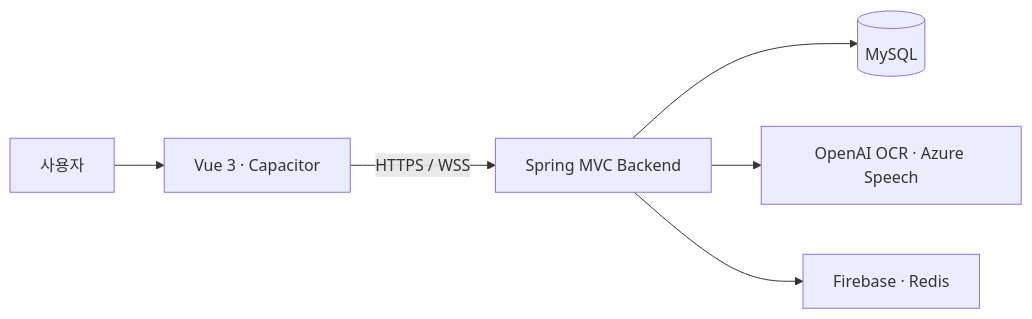
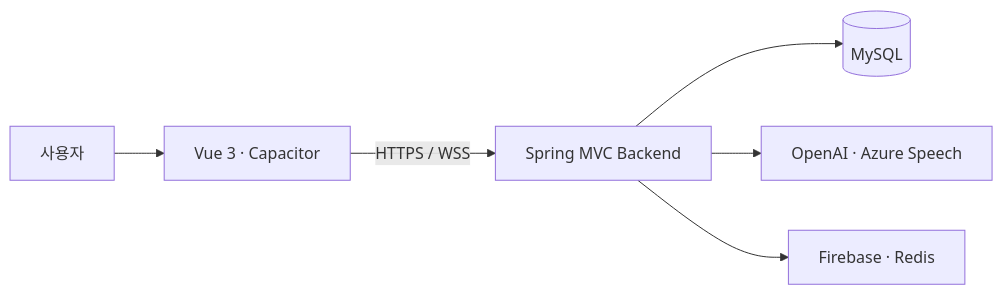
Before and after one commit to KB-SilverTown/backend: the first of 3 diagrams in README.md, drawn with Mermaid. The commit also changed other lines of this file, not shown here.

````diff
--- a/README.md
+++ b/README.md
@@ -9,8 +9,8 @@
 ```mermaid
 flowchart LR
     U[사용자] --> FE[Vue 3 · Capacitor]
     FE -->|HTTPS / WSS| BE[Spring MVC Backend]
     BE --> DB[(MySQL)]
-    BE --> AI[OpenAI OCR · Azure Speech]
+    BE --> AI[OpenAI · Azure Speech]
     BE --> EXT[Firebase · Redis]
 ```
````
